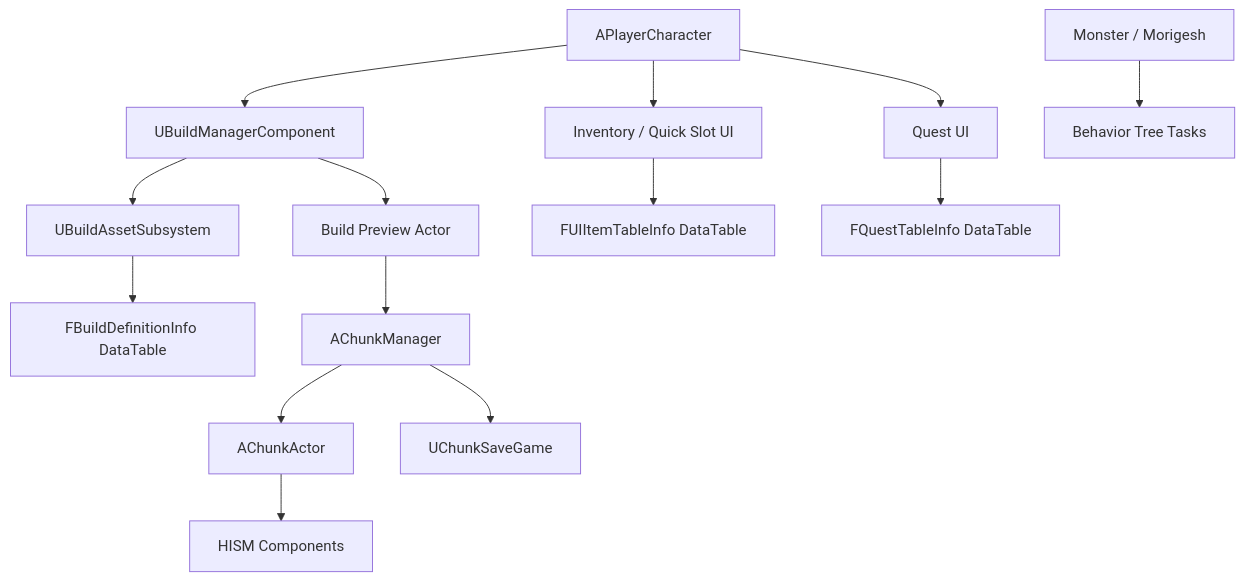
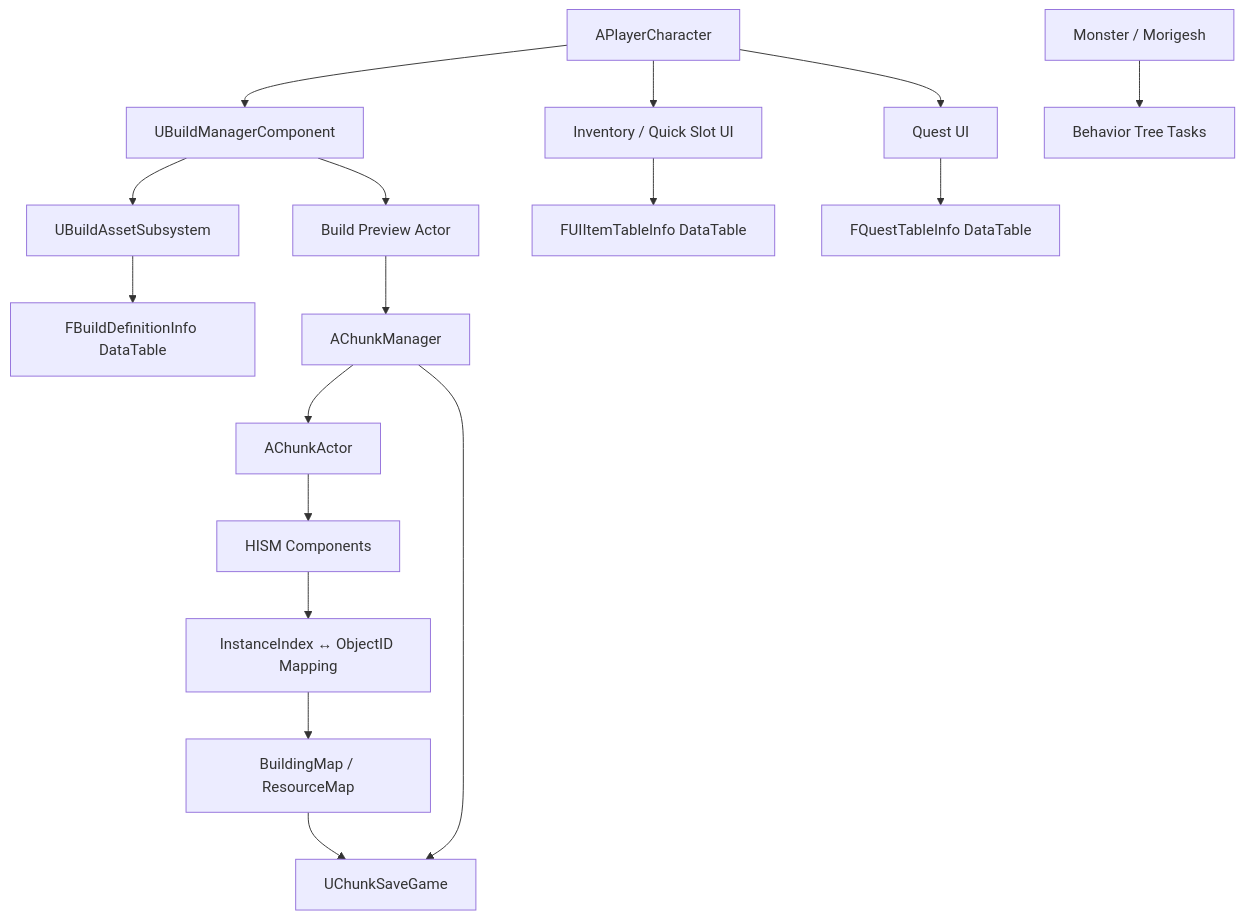
One commit to tjwjdah/Unreal4.26_Portfolio changed the second of 2 diagrams in README.md. Above: the diagram before and after it, drawn with Mermaid. The commit also changed other lines of this file, not shown here.

````diff
--- a/README.md
+++ b/README.md
@@ -144,16 +104,21 @@
 ```mermaid
 flowchart TD
     Player[APlayerCharacter] --> BuildManager[UBuildManagerComponent]
     BuildManager --> BuildAssetSubsystem[UBuildAssetSubsystem]
     BuildAssetSubsystem --> BuildDataTable[FBuildDefinitionInfo DataTable]
     BuildManager --> Preview[Build Preview Actor]
     Preview --> ChunkManager[AChunkManager]
+
     ChunkManager --> ChunkActor[AChunkActor]
     ChunkActor --> HISM[HISM Components]
-    ChunkManager --> SaveGame[UChunkSaveGame]
+    HISM --> IDMap[InstanceIndex ↔ ObjectID Mapping]
+    IDMap --> BuildingMap[BuildingMap / ResourceMap]
+    BuildingMap --> SaveGame[UChunkSaveGame]
+    ChunkManager --> SaveGame
+
     Player --> Inventory[Inventory / Quick Slot UI]
     Inventory --> ItemData[FUIItemTableInfo DataTable]
     Player --> Quest[Quest UI]
     Quest --> QuestData[FQuestTableInfo DataTable]
     Monster[Monster / Morigesh] --> BT[Behavior Tree Tasks]
 ```
````
